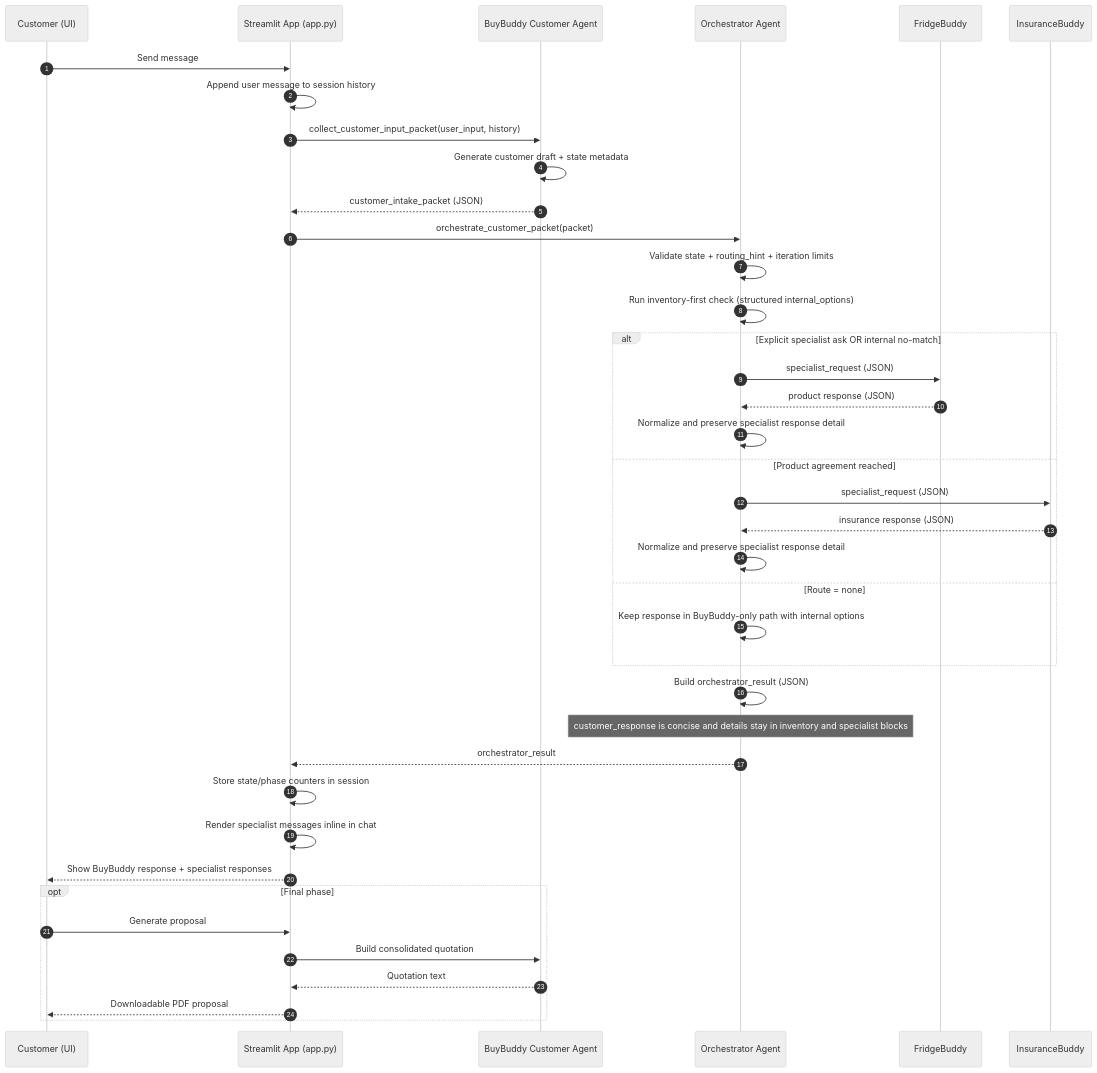
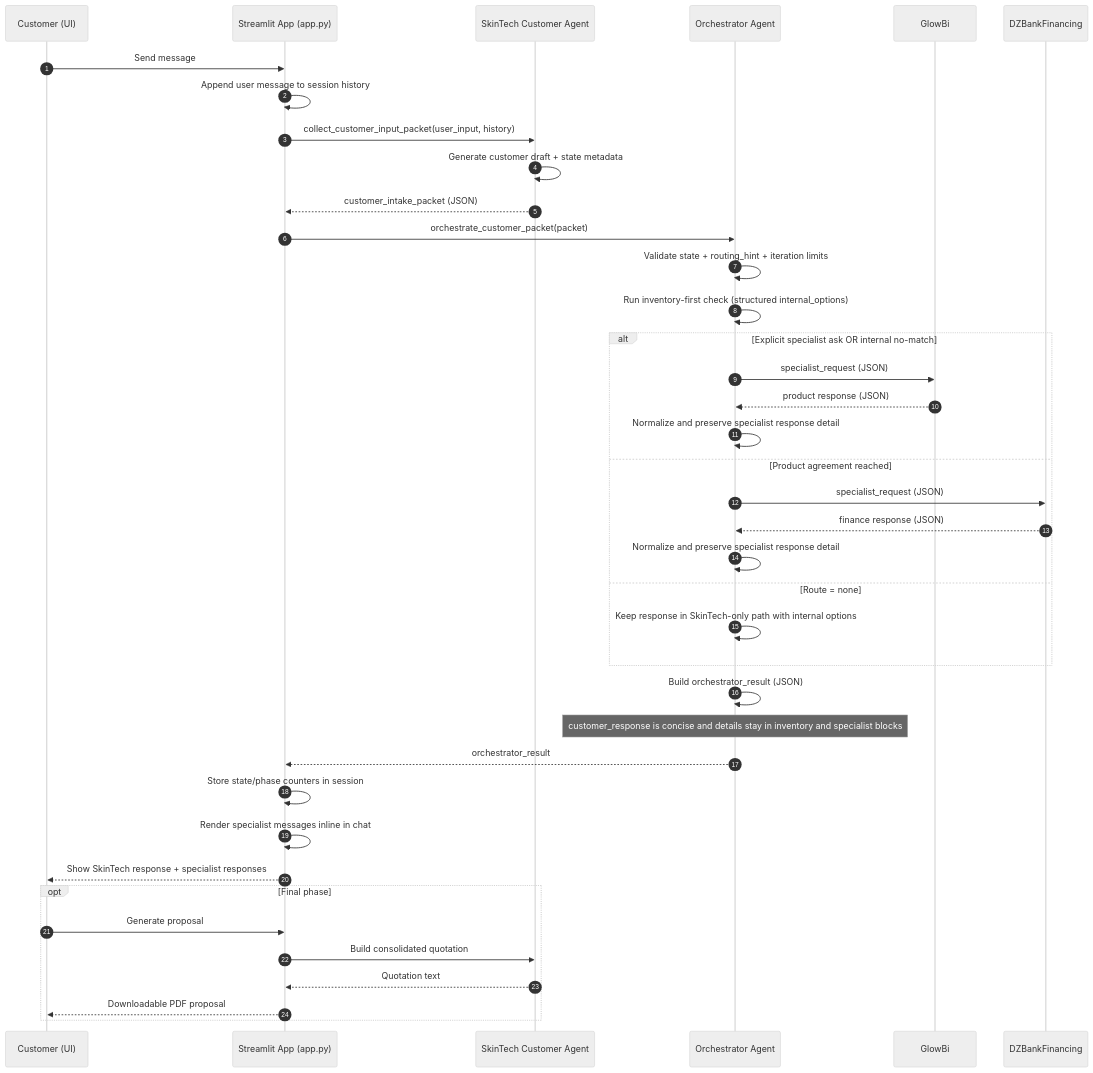
One commit to an-amateur-person/Agentic-AI-Innovation changed the diagram in README.md. Above: the diagram before and after it, drawn with Mermaid (neutral theme). The commit also changed other lines of this file and 20 other files, not shown here.

Commit message:
Create new project baseline with SkinTech prompt and UI updates

````diff
--- a/README.md
+++ b/README.md
@@ -43,48 +43,48 @@
 ```mermaid
 sequenceDiagram
    autonumber
    participant U as Customer (UI)
    participant A as Streamlit App (app.py)
-   participant B as BuyBuddy Customer Agent
+   participant B as SkinTech Customer Agent
    participant O as Orchestrator Agent
-   participant P as FridgeBuddy
-   participant I as InsuranceBuddy
+   participant P as GlowBi
+   participant I as DZBankFinancing
 
    U->>A: Send message
    A->>A: Append user message to session history
 
    A->>B: collect_customer_input_packet(user_input, history)
    B->>B: Generate customer draft + state metadata
    B-->>A: customer_intake_packet (JSON)
 
    A->>O: orchestrate_customer_packet(packet)
    O->>O: Validate state + routing_hint + iteration limits
    O->>O: Run inventory-first check (structured internal_options)
 
    alt Explicit specialist ask OR internal no-match
       O->>P: specialist_request (JSON)
       P-->>O: product response (JSON)
       O->>O: Normalize and preserve specialist response detail
    else Product agreement reached
       O->>I: specialist_request (JSON)
-      I-->>O: insurance response (JSON)
+      I-->>O: finance response (JSON)
       O->>O: Normalize and preserve specialist response detail
    else Route = none
-      O->>O: Keep response in BuyBuddy-only path with internal options
+      O->>O: Keep response in SkinTech-only path with internal options
    end
 
    O->>O: Build orchestrator_result (JSON)
    Note over O: customer_response is concise and details stay in inventory and specialist blocks
    O-->>A: orchestrator_result
 
    A->>A: Store state/phase counters in session
    A->>A: Render specialist messages inline in chat
-   A-->>U: Show BuyBuddy response + specialist responses
+   A-->>U: Show SkinTech response + specialist responses
 
    opt Final phase
       U->>A: Generate proposal
       A->>B: Build consolidated quotation
       B-->>A: Quotation text
       A-->>U: Downloadable PDF proposal
    end
 ```
````
